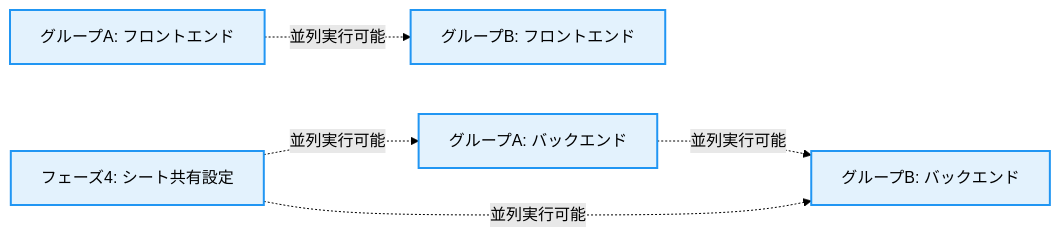
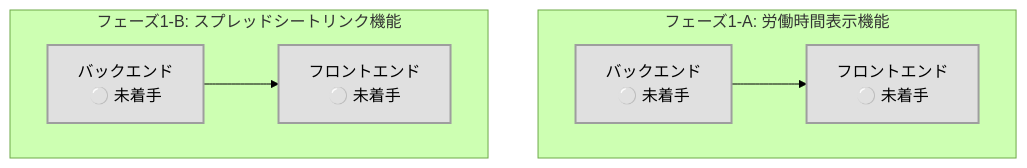
One commit to KazukiUrano/- changed the second of 2 diagrams in TODO.md. Above: the diagram before and after it, drawn with Mermaid (forest theme). The commit also changed other lines of this file, not shown here.

````diff
--- a/TODO.md
+++ b/TODO.md
@@ -201,10 +193,13 @@
 ```mermaid
-graph LR
-    P1A_BE[グループA: バックエンド] -.並列実行可能.-> P1B_BE[グループB: バックエンド]
-    P1A_FE[グループA: フロントエンド] -.並列実行可能.-> P1B_FE[グループB: フロントエンド]
-    P4[フェーズ4: シート共有設定] -.並列実行可能.-> P1A_BE
-    P4 -.並列実行可能.-> P1B_BE
+graph TD
+    subgraph "フェーズ1-A: 労働時間表示機能"
+        A_BE[バックエンド<br/>⚪ 未着手] --> A_FE[フロントエンド<br/>⚪ 未着手]
+    end
     
-    classDef parallel fill:#E3F2FD,stroke:#2196F3,stroke-width:2px
-    class P1A_BE,P1B_BE,P1A_FE,P1B_FE,P4 parallel
+    subgraph "フェーズ1-B: スプレッドシートリンク機能"
+        B_BE[バックエンド<br/>⚪ 未着手] --> B_FE[フロントエンド<br/>⚪ 未着手]
+    end
+    
+    classDef notStarted fill:#E0E0E0,stroke:#9E9E9E,stroke-width:2px,color:#000
+    class A_BE,A_FE,B_BE,B_FE notStarted
 ```
````
